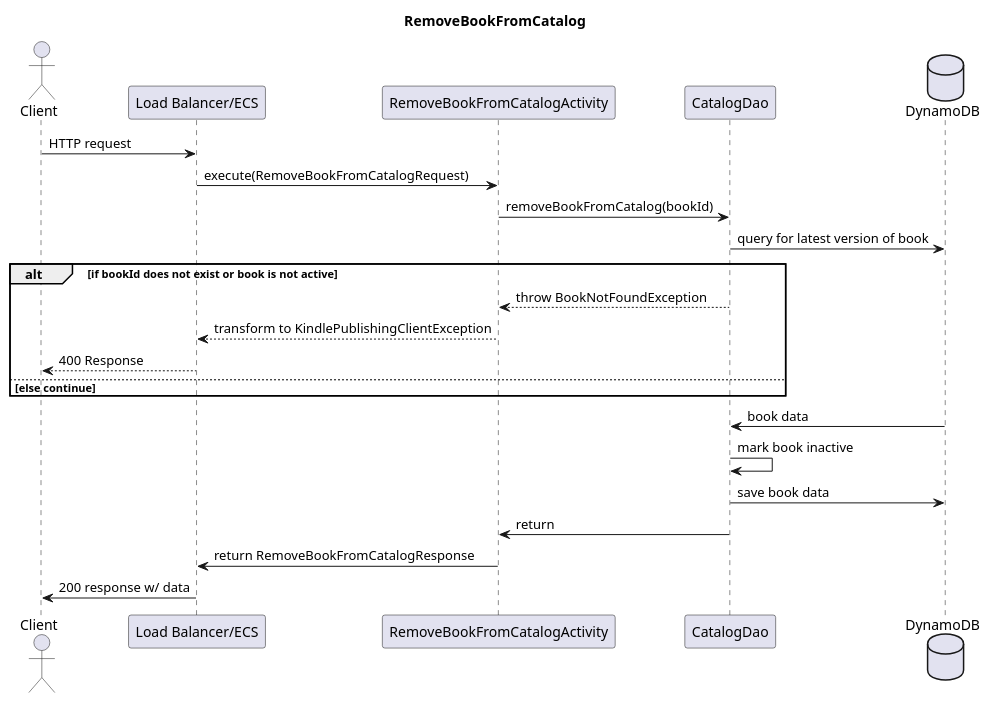
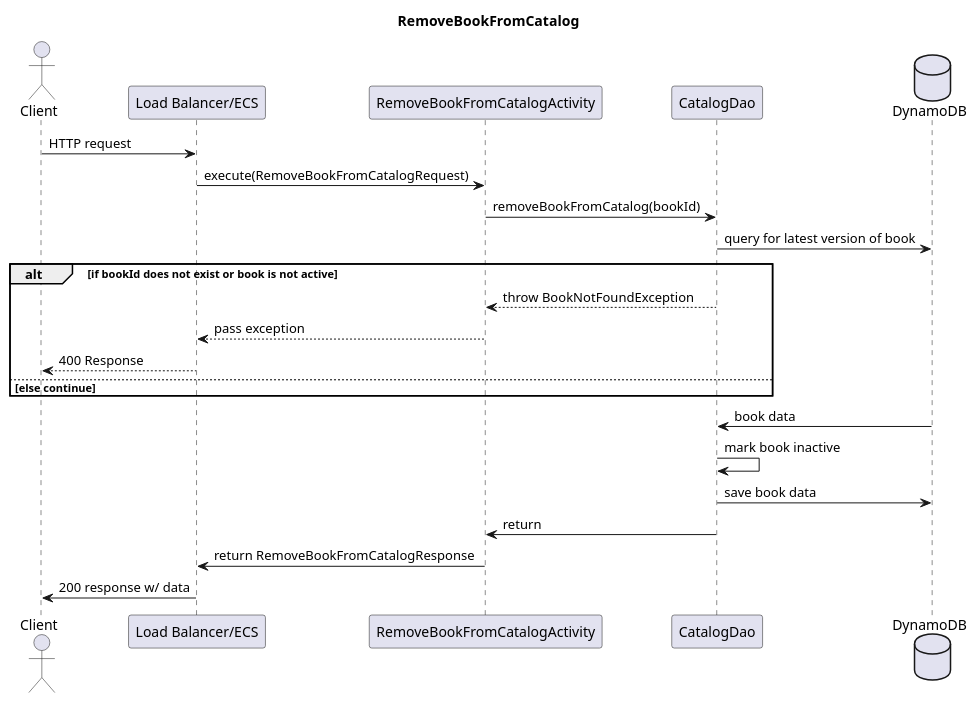
Before and after one commit to santi1110/bd-KindlePublishingService: the diagram in src/resources/mastery-task1-remove-book-SD.puml, drawn with PlantUML. The commit also changed 22 other files, not shown here.

```diff
--- a/src/resources/mastery-task1-remove-book-SD.puml
+++ b/src/resources/mastery-task1-remove-book-SD.puml
@@ -1,26 +1,26 @@
 @startuml
 title RemoveBookFromCatalog
 
 actor Client
 participant "Load Balancer/ECS" as ecs
 participant RemoveBookFromCatalogActivity
 participant CatalogDao
 database DynamoDB
 
 Client -> ecs : HTTP request
 ecs -> RemoveBookFromCatalogActivity : execute(RemoveBookFromCatalogRequest)
 RemoveBookFromCatalogActivity -> CatalogDao : removeBookFromCatalog(bookId)
 CatalogDao -> DynamoDB : query for latest version of book
 alt if bookId does not exist or book is not active
     CatalogDao --> RemoveBookFromCatalogActivity : throw BookNotFoundException
-    RemoveBookFromCatalogActivity --> ecs : transform to KindlePublishingClientException
+    RemoveBookFromCatalogActivity --> ecs : pass exception
     ecs --> Client : 400 Response
 else else continue
 end
 DynamoDB -> CatalogDao : book data
 CatalogDao -> CatalogDao : mark book inactive
 CatalogDao -> DynamoDB : save book data
 CatalogDao -> RemoveBookFromCatalogActivity : return
 RemoveBookFromCatalogActivity -> ecs : return RemoveBookFromCatalogResponse
 ecs -> Client : 200 response w/ data
 @enduml
```
